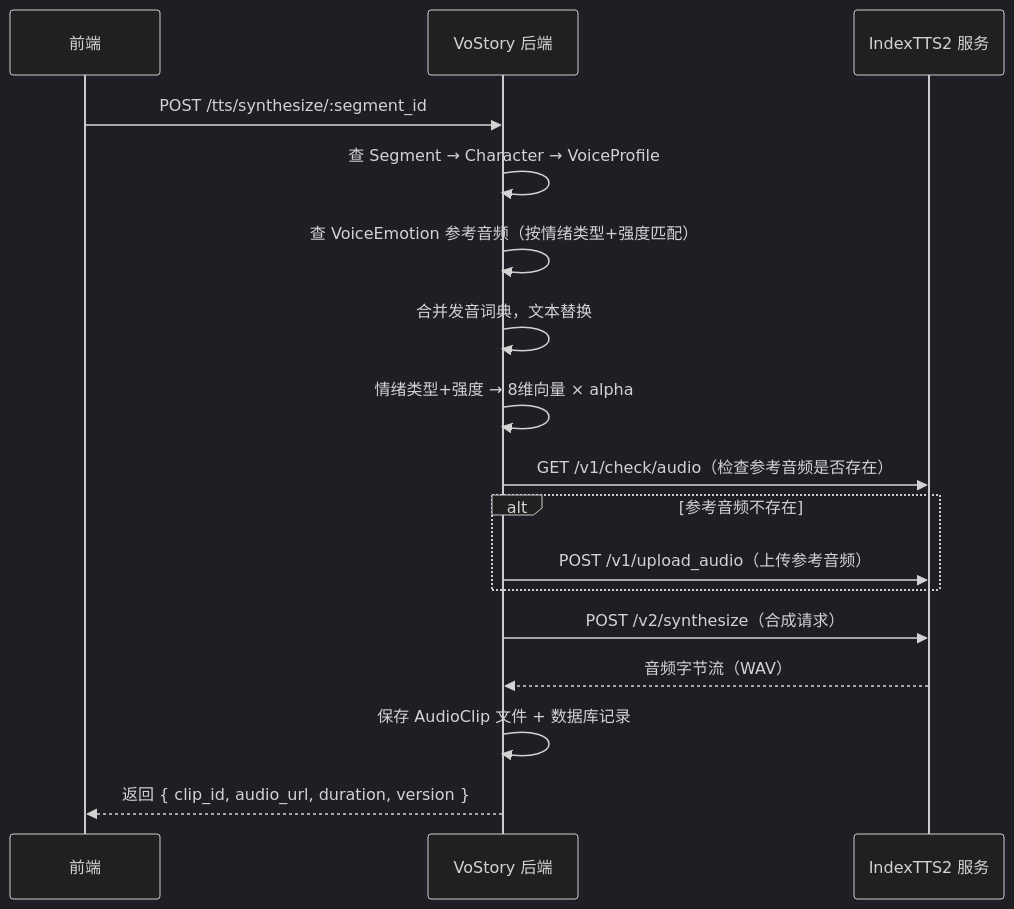
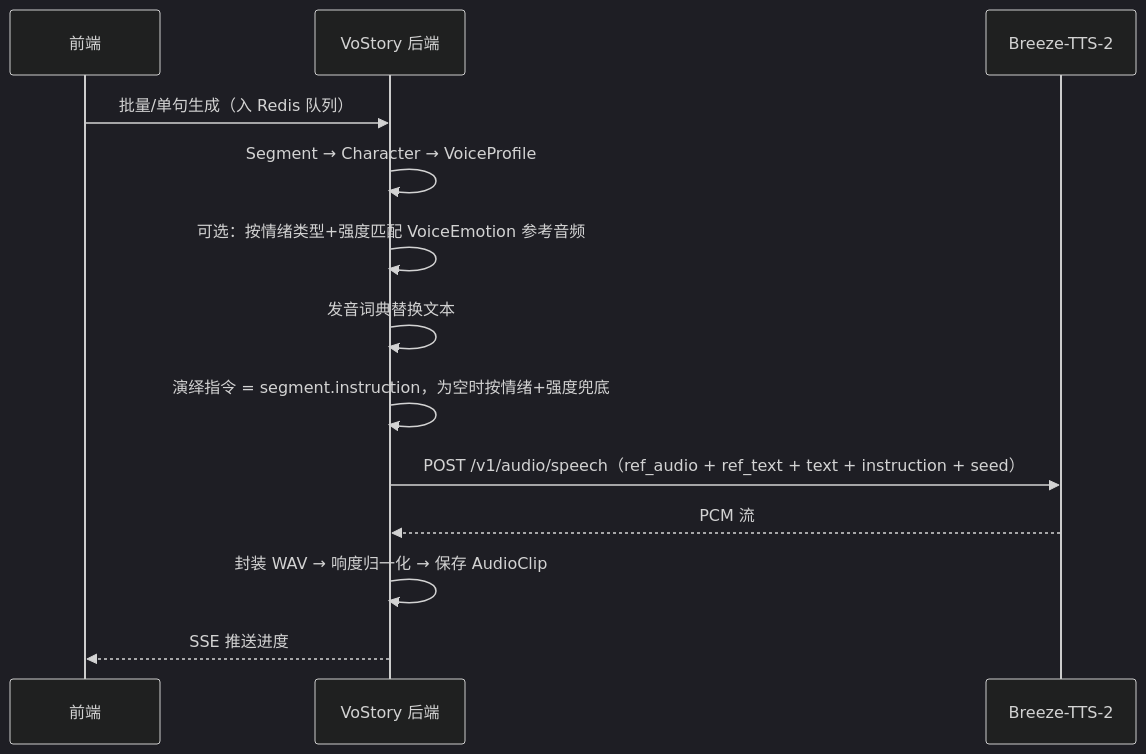
One commit to han3sui/vostory changed the diagram in docs/tts-integration.md. Above: the diagram before and after it, drawn with Mermaid (dark theme). The commit also changed other lines of this file and 39 other files, not shown here.

First line of the commit message:
feat: 改用 Breeze-TTS-2，支持音色自动设计与场景演绎

````diff
--- a/docs/tts-integration.md
+++ b/docs/tts-integration.md
@@ -11,20 +49,16 @@
 ```mermaid
 sequenceDiagram
     participant FE as 前端
     participant API as VoStory 后端
-    participant TTS as IndexTTS2 服务
+    participant TTS as Breeze-TTS-2
 
-    FE->>API: POST /tts/synthesize/:segment_id
-    API->>API: 查 Segment → Character → VoiceProfile
-    API->>API: 查 VoiceEmotion 参考音频（按情绪类型+强度匹配）
-    API->>API: 合并发音词典，文本替换
-    API->>API: 情绪类型+强度 → 8维向量 × alpha
-    API->>TTS: GET /v1/check/audio（检查参考音频是否存在）
-    alt 参考音频不存在
-        API->>TTS: POST /v1/upload_audio（上传参考音频）
-    end
-    API->>TTS: POST /v2/synthesize（合成请求）
-    TTS-->>API: 音频字节流（WAV）
-    API->>API: 保存 AudioClip 文件 + 数据库记录
-    API-->>FE: 返回 { clip_id, audio_url, duration, version }
+    FE->>API: 批量/单句生成（入 Redis 队列）
+    API->>API: Segment → Character → VoiceProfile
+    API->>API: 可选：按情绪类型+强度匹配 VoiceEmotion 参考音频
+    API->>API: 发音词典替换文本
+    API->>API: 演绎指令 = segment.instruction，为空时按情绪+强度兜底
+    API->>TTS: POST /v1/audio/speech（ref_audio + ref_text + text + instruction + seed）
+    TTS-->>API: PCM 流
+    API->>API: 封装 WAV → 响度归一化 → 保存 AudioClip
+    API-->>FE: SSE 推送进度
 ```
````
